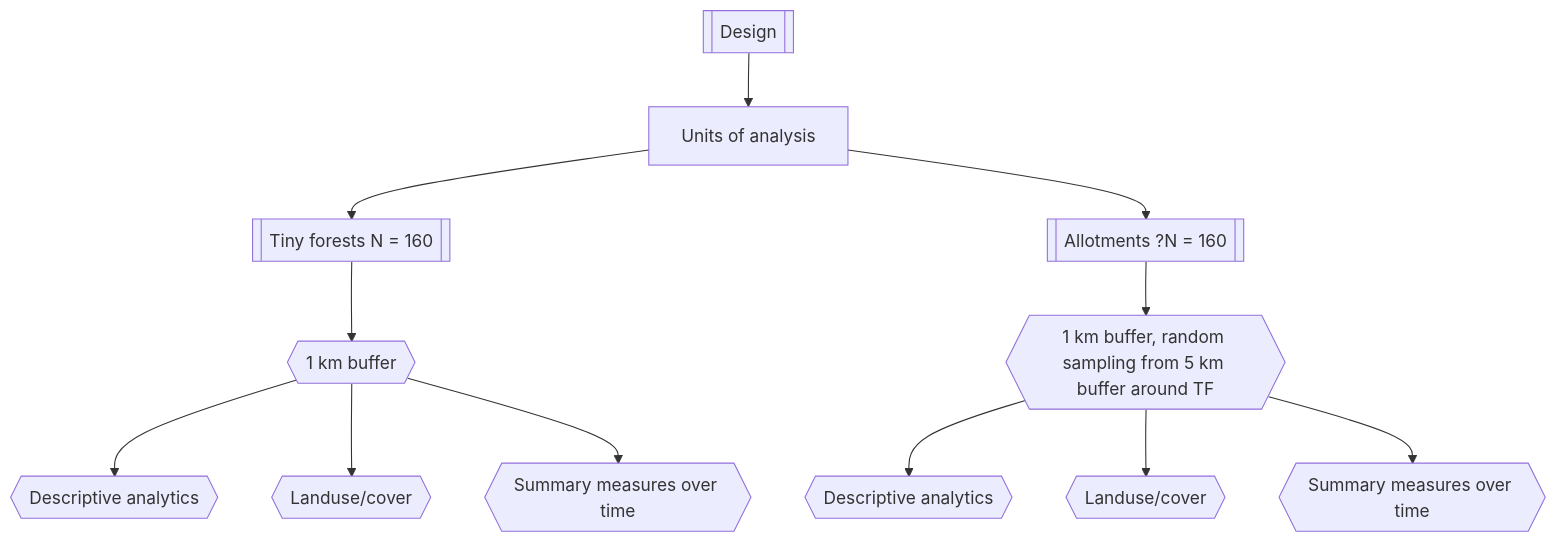
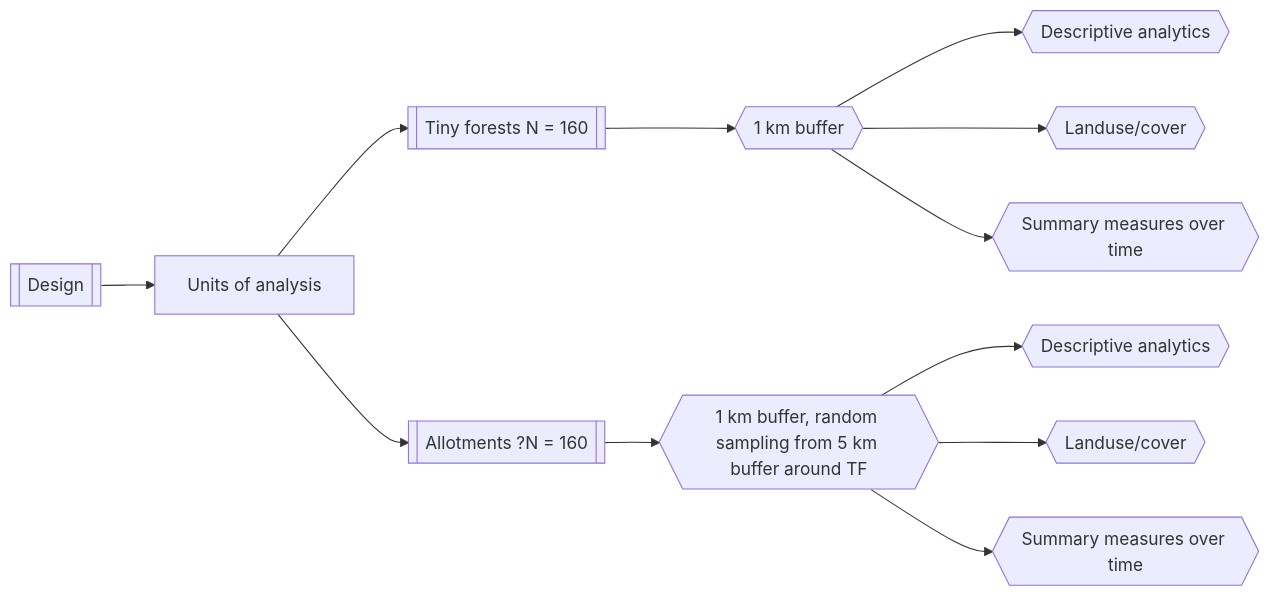
Before and after one commit to julianflowers/tiny_forest_project: the second of 3 diagrams in output/research-methods-v1.qmd, drawn with Mermaid. The commit also changed other lines of this file and 4 other files, not shown here.

````diff
--- a/output/research-methods-v1.qmd
+++ b/output/research-methods-v1.qmd
@@ -142,15 +201,15 @@
 ```{mermaid}
-%%| fig-width: 12
-flowchart TD
+%%| fig-width: 6
+flowchart LR
     A[[Design]] --> B[Units of analysis]
     B --> C[[Tiny forests N = 160]]
     B --> D[[Allotments ?N = 160]]
     C --> E{{1 km buffer}}
     E --> G{{Descriptive analytics}}
     E --> H{{Landuse/cover}}
     E --> I{{Summary measures over time}}
     D --> F{{1 km buffer, random sampling from 5 km buffer around TF}}
     F --> J{{Descriptive analytics}}
     F --> K{{Landuse/cover}}
     F --> L{{Summary measures over time}}
 ```
````
